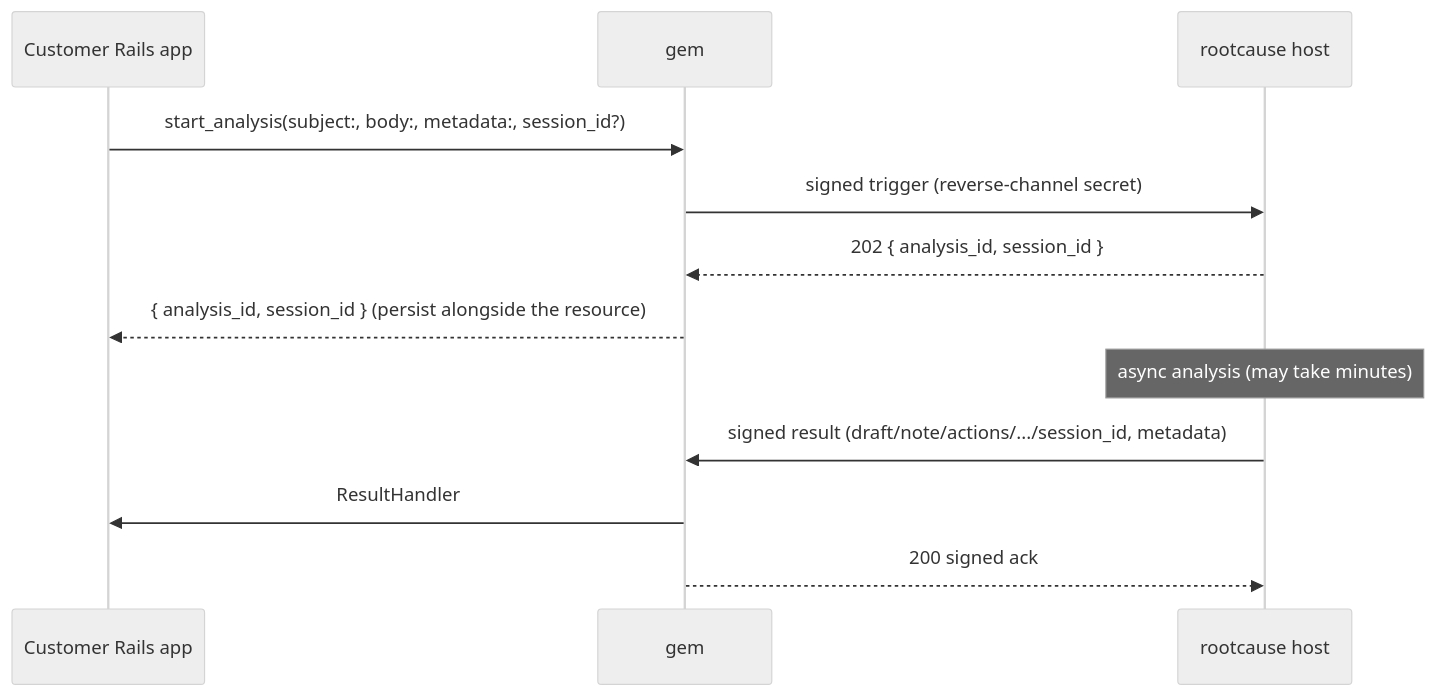
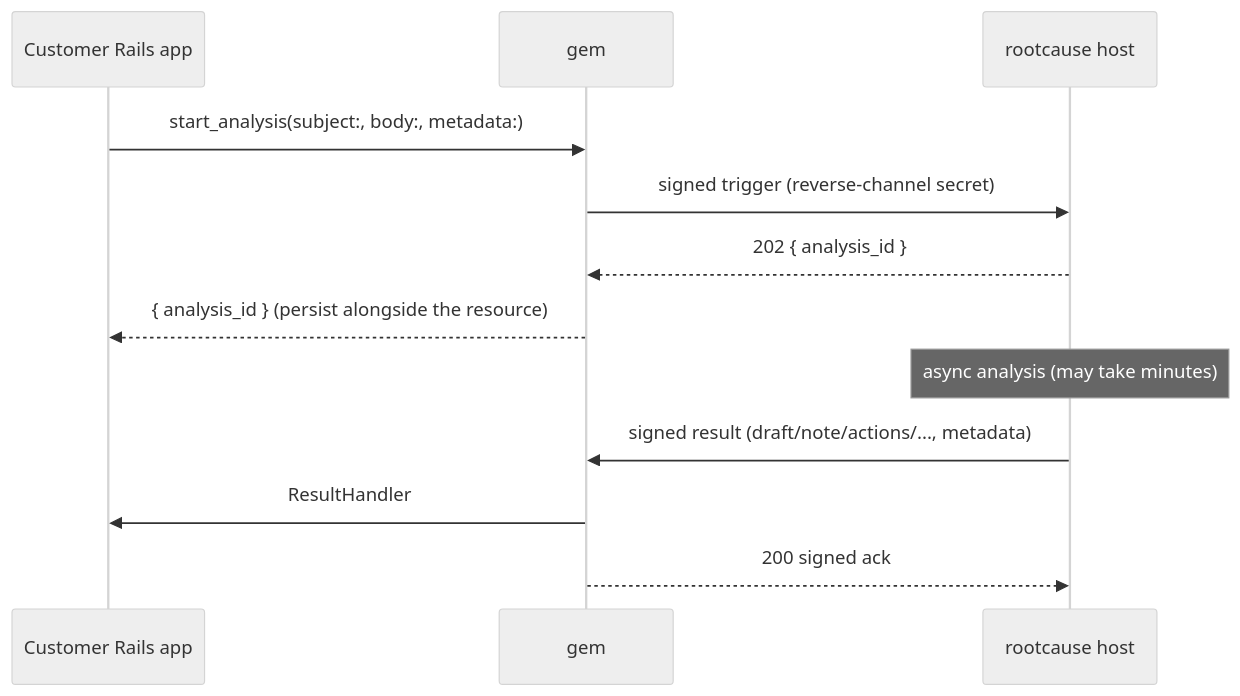
Before and after one commit to rootcause-org/rootcause-embassy-ruby: the diagram in docs/async-analysis-spec.md, drawn with Mermaid (neutral theme). The commit also changed other lines of this file, not shown here.

First line of the commit message:
docs: make async analysis spec stateless — drop session_id/continuation

````diff
--- a/docs/async-analysis-spec.md
+++ b/docs/async-analysis-spec.md
@@ -26,14 +32,14 @@
 ```mermaid
 sequenceDiagram
     participant App as Customer Rails app
     participant Gem as gem
     participant RC as rootcause host
-    App->>Gem: start_analysis(subject:, body:, metadata:, session_id?)
+    App->>Gem: start_analysis(subject:, body:, metadata:)
     Gem->>RC: signed trigger (reverse-channel secret)
-    RC-->>Gem: 202 { analysis_id, session_id }
-    Gem-->>App: { analysis_id, session_id }   (persist alongside the resource)
+    RC-->>Gem: 202 { analysis_id }
+    Gem-->>App: { analysis_id }   (persist alongside the resource)
     Note over RC: async analysis (may take minutes)
-    RC->>Gem: signed result (draft/note/actions/.../session_id, metadata)
+    RC->>Gem: signed result (draft/note/actions/..., metadata)
     Gem->>App: ResultHandler#process(result)  → burn into your records
     Gem-->>RC: 200 signed ack
 ```
````
